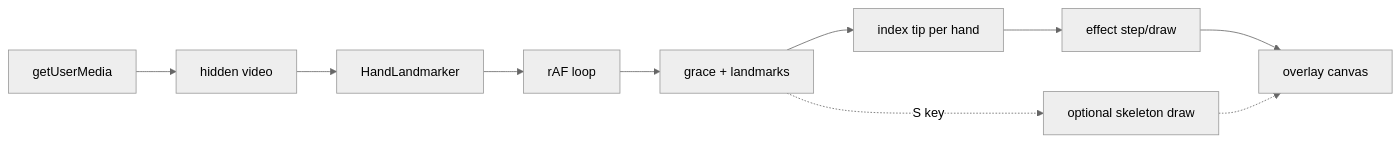
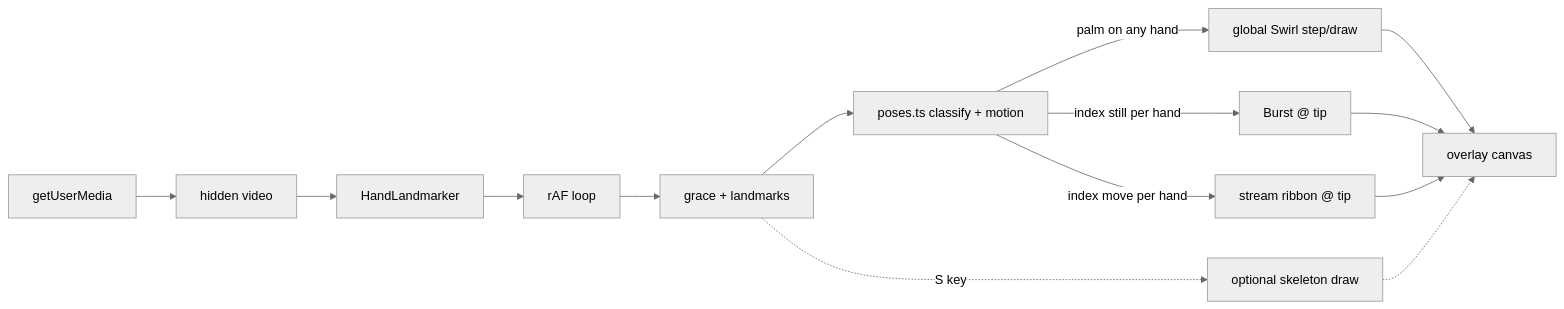
Before and after one commit to Koda-Pig/hand-wavy-wavy: the diagram in docs/implementation-plan.md, drawn with Mermaid (neutral theme). The commit also changed other lines of this file and 2 other files, not shown here.

````diff
--- a/docs/implementation-plan.md
+++ b/docs/implementation-plan.md
@@ -39,12 +56,16 @@
 ```mermaid
 flowchart LR
   CAM[getUserMedia] --> VID[hidden video]
   VID --> MP[HandLandmarker]
   MP --> LOOP[rAF loop]
   LOOP --> STATE[grace + landmarks]
-  STATE --> TIP[index tip per hand]
-  TIP --> FX[effect step/draw]
-  FX --> CANVAS[overlay canvas]
+  STATE --> POSE[poses.ts classify + motion]
+  POSE -->|palm on any hand| SWIRL[global Swirl step/draw]
+  POSE -->|index still per hand| BURST[Burst @ tip]
+  POSE -->|index move per hand| STREAM[stream ribbon @ tip]
+  SWIRL --> CANVAS[overlay canvas]
+  BURST --> CANVAS
+  STREAM --> CANVAS
   STATE -.->|S key| SKEL[optional skeleton draw]
   SKEL -.-> CANVAS
 ```
````
